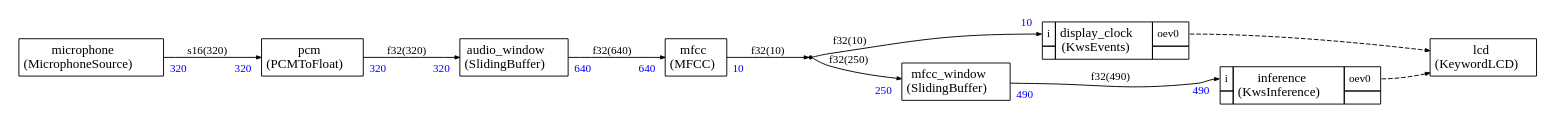
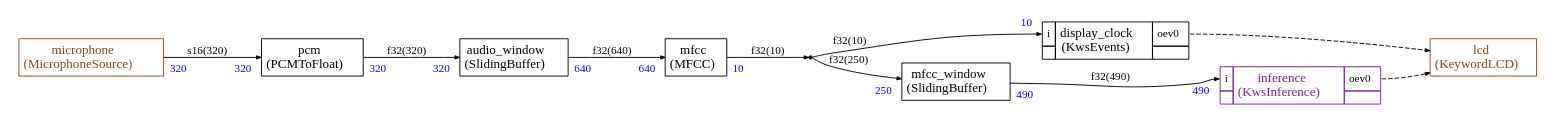
Before and after one commit to christophe0606/EthosCatalog: the diagram in projects/kws_micronet_l/generated/app.dot, drawn with Graphviz. The commit also changed 34 other files, not shown here.

Commit message:
Updated graph styling to distinguish different pte files

```diff
--- a/projects/kws_micronet_l/generated/app.dot
+++ b/projects/kws_micronet_l/generated/app.dot
@@ -1,143 +1,143 @@
 
 
 
 
 
 
 digraph structs {
     bgcolor = "white"
     node [shape=plaintext,color="black",fontcolor="black",fontname="Times-Roman"]
     rankdir=LR
     edge [arrowsize="0.5",color="black",fontcolor="black",fontname="Times-Roman"]
 
 
 audio_window [label=<
-<TABLE color="black" bgcolor="none" BORDER="0" CELLBORDER="1" CELLSPACING="0" CELLPADDING="4">
+<TABLE color="black" bgcolor="white" BORDER="0" CELLBORDER="1" CELLSPACING="0" CELLPADDING="4">
   <TR>
     <TD ALIGN="CENTER" PORT="i"><FONT COLOR="black" POINT-SIZE="14.0">audio_window<BR/>(SlidingBuffer)</FONT></TD>
   </TR>
 </TABLE>>];
 
 
 display_clock [label=<
-<TABLE color="black" bgcolor="none" BORDER="0" CELLBORDER="1" CELLSPACING="0" CELLPADDING="4">
+<TABLE color="black" bgcolor="white" BORDER="0" CELLBORDER="1" CELLSPACING="0" CELLPADDING="4">
   <TR>
     <TD PORT="i"><FONT POINT-SIZE="12.0" COLOR="black">i</FONT></TD>
     <TD ALIGN="CENTER" ROWSPAN="2"><FONT COLOR="black" POINT-SIZE="14.0">display_clock<BR/>(KwsEvents)</FONT></TD>
     <TD PORT="oev0"><FONT POINT-SIZE="12.0" COLOR="black">oev0</FONT></TD>
   </TR>
 <TR>
 
 <TD></TD>
 
 <TD></TD></TR>
 
 </TABLE>>];
 
 dup0 [shape=point,label="dup0"]
 
 
 inference [label=<
-<TABLE color="black" bgcolor="none" BORDER="0" CELLBORDER="1" CELLSPACING="0" CELLPADDING="4">
+<TABLE color="#7B1FA2" bgcolor="white" BORDER="0" CELLBORDER="1" CELLSPACING="0" CELLPADDING="4">
   <TR>
     <TD PORT="i"><FONT POINT-SIZE="12.0" COLOR="black">i</FONT></TD>
-    <TD ALIGN="CENTER" ROWSPAN="2"><FONT COLOR="black" POINT-SIZE="14.0">inference<BR/>(KwsInference)</FONT></TD>
+    <TD ALIGN="CENTER" ROWSPAN="2"><FONT COLOR="#7B1FA2" POINT-SIZE="14.0">inference<BR/>(KwsInference)</FONT></TD>
     <TD PORT="oev0"><FONT POINT-SIZE="12.0" COLOR="black">oev0</FONT></TD>
   </TR>
 <TR>
 
 <TD></TD>
 
 <TD></TD></TR>
 
 </TABLE>>];
 
 mfcc [label=<
-<TABLE color="black" bgcolor="none" BORDER="0" CELLBORDER="1" CELLSPACING="0" CELLPADDING="4">
+<TABLE color="black" bgcolor="white" BORDER="0" CELLBORDER="1" CELLSPACING="0" CELLPADDING="4">
   <TR>
     <TD ALIGN="CENTER" PORT="i"><FONT COLOR="black" POINT-SIZE="14.0">mfcc<BR/>(MFCC)</FONT></TD>
   </TR>
 </TABLE>>];
 
 mfcc_window [label=<
-<TABLE color="black" bgcolor="none" BORDER="0" CELLBORDER="1" CELLSPACING="0" CELLPADDING="4">
+<TABLE color="black" bgcolor="white" BORDER="0" CELLBORDER="1" CELLSPACING="0" CELLPADDING="4">
   <TR>
     <TD ALIGN="CENTER" PORT="i"><FONT COLOR="black" POINT-SIZE="14.0">mfcc_window<BR/>(SlidingBuffer)</FONT></TD>
   </TR>
 </TABLE>>];
 
 microphone [label=<
-<TABLE color="black" bgcolor="none" BORDER="0" CELLBORDER="1" CELLSPACING="0" CELLPADDING="4">
+<TABLE color="#8B4513" bgcolor="white" BORDER="0" CELLBORDER="1" CELLSPACING="0" CELLPADDING="4">
   <TR>
-    <TD ALIGN="CENTER" PORT="i"><FONT COLOR="black" POINT-SIZE="14.0">microphone<BR/>(MicrophoneSource)</FONT></TD>
+    <TD ALIGN="CENTER" PORT="i"><FONT COLOR="#8B4513" POINT-SIZE="14.0">microphone<BR/>(MicrophoneSource)</FONT></TD>
   </TR>
 </TABLE>>];
 
 pcm [label=<
-<TABLE color="black" bgcolor="none" BORDER="0" CELLBORDER="1" CELLSPACING="0" CELLPADDING="4">
+<TABLE color="black" bgcolor="white" BORDER="0" CELLBORDER="1" CELLSPACING="0" CELLPADDING="4">
   <TR>
     <TD ALIGN="CENTER" PORT="i"><FONT COLOR="black" POINT-SIZE="14.0">pcm<BR/>(PCMToFloat)</FONT></TD>
   </TR>
 </TABLE>>];
 
 lcd [label=<
-<TABLE color="black" bgcolor="none" BORDER="0" CELLBORDER="1" CELLSPACING="0" CELLPADDING="4">
+<TABLE color="#8B4513" bgcolor="white" BORDER="0" CELLBORDER="1" CELLSPACING="0" CELLPADDING="4">
   <TR>
-    <TD ALIGN="CENTER" PORT="i"><FONT COLOR="black" POINT-SIZE="14.0">lcd<BR/>(KeywordLCD)</FONT></TD>
+    <TD ALIGN="CENTER" PORT="i"><FONT COLOR="#8B4513" POINT-SIZE="14.0">lcd<BR/>(KeywordLCD)</FONT></TD>
   </TR>
 </TABLE>>];
 
 
 
 microphone:i -> pcm:i [style="solid",color="black",fontsize="12.0",fontcolor="black",label=<s16(320)>
 ,headlabel=<<TABLE BORDER="0" CELLPADDING="4"><TR><TD><FONT COLOR="blue" POINT-SIZE="12.0" >320</FONT>
 </TD></TR></TABLE>>
 ,taillabel=<<TABLE BORDER="0" CELLPADDING="4"><TR><TD><FONT COLOR="blue" POINT-SIZE="12.0" >320</FONT>
 </TD></TR></TABLE>>]
 
 pcm:i -> audio_window:i [style="solid",color="black",fontsize="12.0",fontcolor="black",label=<f32(320)>
 ,headlabel=<<TABLE BORDER="0" CELLPADDING="4"><TR><TD><FONT COLOR="blue" POINT-SIZE="12.0" >320</FONT>
 </TD></TR></TABLE>>
 ,taillabel=<<TABLE BORDER="0" CELLPADDING="4"><TR><TD><FONT COLOR="blue" POINT-SIZE="12.0" >320</FONT>
 </TD></TR></TABLE>>]
 
 audio_window:i -> mfcc:i [style="solid",color="black",fontsize="12.0",fontcolor="black",label=<f32(640)>
 ,headlabel=<<TABLE BORDER="0" CELLPADDING="4"><TR><TD><FONT COLOR="blue" POINT-SIZE="12.0" >640</FONT>
 </TD></TR></TABLE>>
 ,taillabel=<<TABLE BORDER="0" CELLPADDING="4"><TR><TD><FONT COLOR="blue" POINT-SIZE="12.0" >640</FONT>
 </TD></TR></TABLE>>]
 
 mfcc_window:i -> inference:i [style="solid",color="black",fontsize="12.0",fontcolor="black",label=<f32(490)>
 ,headlabel=<<TABLE BORDER="0" CELLPADDING="4"><TR><TD><FONT COLOR="blue" POINT-SIZE="12.0" >490</FONT>
 </TD></TR></TABLE>>
 ,taillabel=<<TABLE BORDER="0" CELLPADDING="4"><TR><TD><FONT COLOR="blue" POINT-SIZE="12.0" >490</FONT>
 </TD></TR></TABLE>>]
 
 mfcc:i ->
 dup0 [style="solid",color="black",fontsize="12.0",fontcolor="black",label=<f32(10)>
 
 ,taillabel=<<TABLE BORDER="0" CELLPADDING="4"><TR><TD><FONT COLOR="blue" POINT-SIZE="12.0" >10</FONT>
 </TD></TR></TABLE>>]
 
 
 dup0 -> mfcc_window:i [style="solid",color="black",fontsize="12.0",fontcolor="black",label=<f32(250)>
 ,headlabel=<<TABLE BORDER="0" CELLPADDING="4"><TR><TD><FONT COLOR="blue" POINT-SIZE="12.0" >250</FONT>
 </TD></TR></TABLE>>
 ]
 
 
 dup0 -> display_clock:i [style="solid",color="black",fontsize="12.0",fontcolor="black",label=<f32(10)>
 ,headlabel=<<TABLE BORDER="0" CELLPADDING="4"><TR><TD><FONT COLOR="blue" POINT-SIZE="12.0" >10</FONT>
 </TD></TR></TABLE>>
 ]
 
 
 
 display_clock:oev0 -> lcd:i [style="dashed",color="black",fontsize="12.0",fontcolor="black",label=<>
 
 ]
 inference:oev0 -> lcd:i [style="dashed",color="black",fontsize="12.0",fontcolor="black",label=<>
 
 ]
 
 }
```
